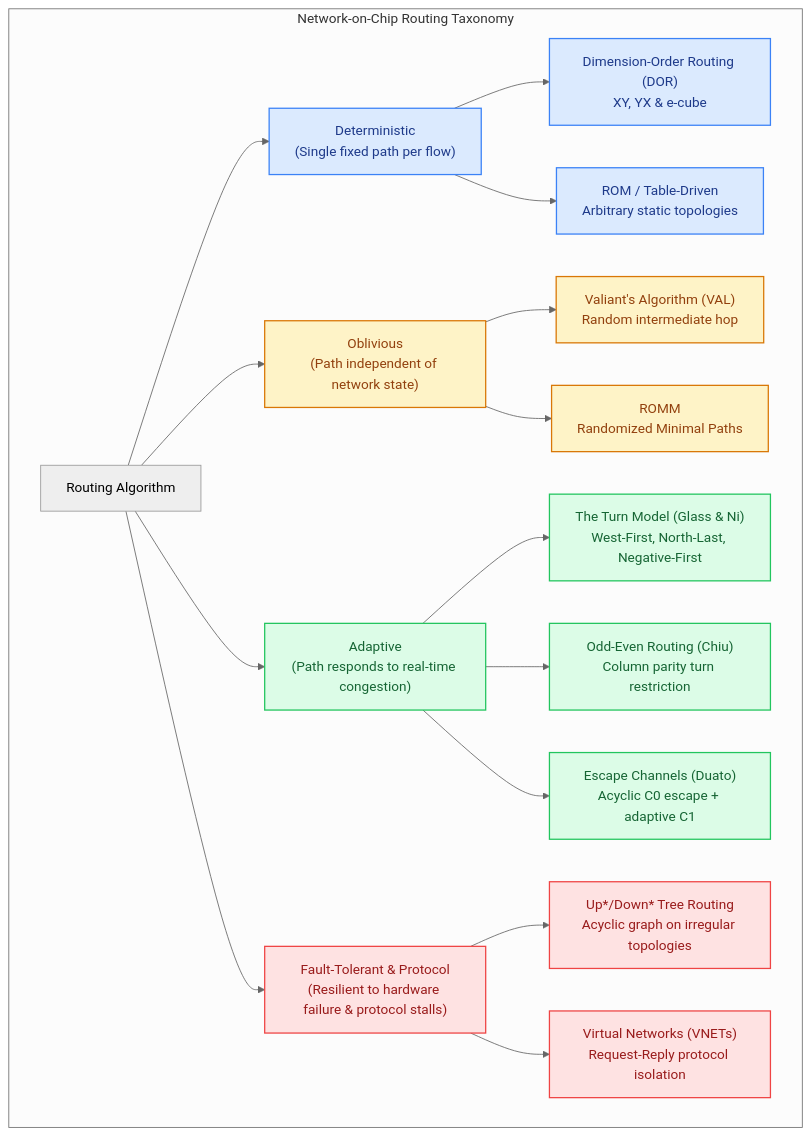
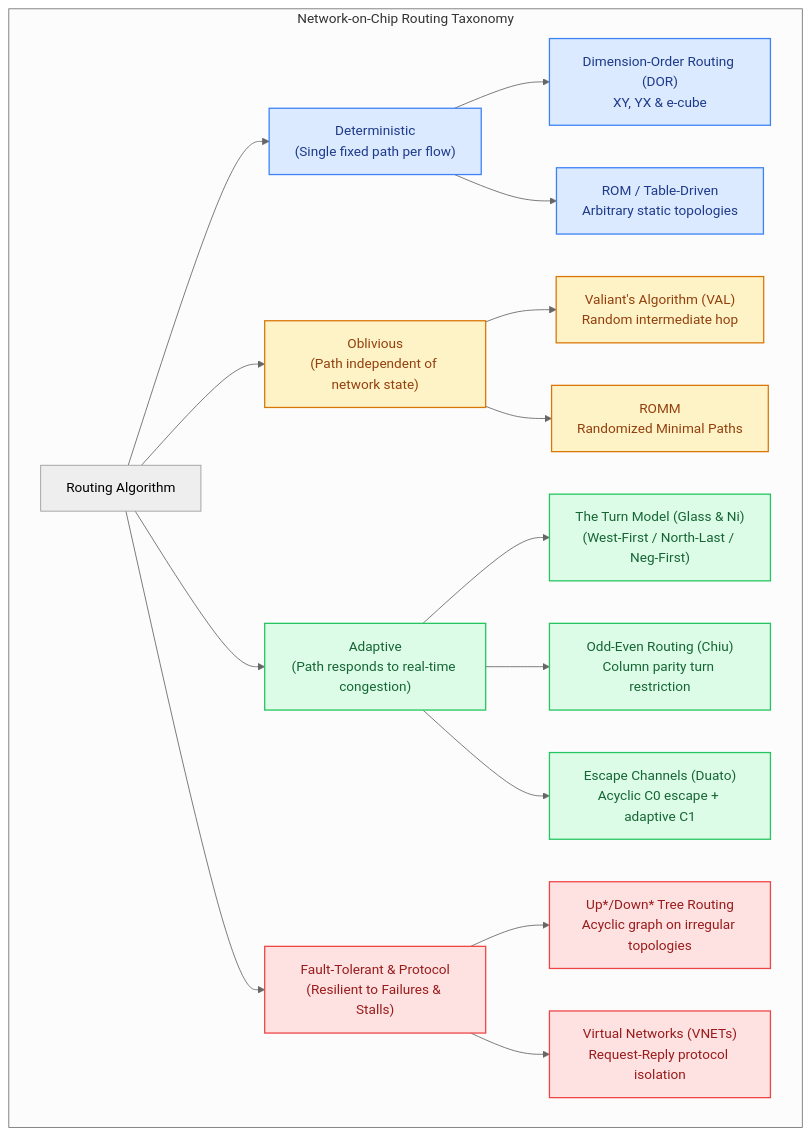
The diagram in docs/track4-routing-deadlock/index.md (network-on-chip/learning), drawn with Mermaid (neutral theme) before and after one commit. The commit also changed 15 other files, not shown here.

Commit message:
docs: clean repository paths and wrap Mermaid flowchart node labels

````diff
--- a/docs/track4-routing-deadlock/index.md
+++ b/docs/track4-routing-deadlock/index.md
@@ -37,32 +37,32 @@
 ```mermaid
 graph TD
   subgraph Routing_Taxonomy ["Network-on-Chip Routing Taxonomy"]
     Root["Routing Algorithm"] --> Det["Deterministic<br/>(Single fixed path per flow)"]
     Root --> Obl["Oblivious<br/>(Path independent of network state)"]
     Root --> Adapt["Adaptive<br/>(Path responds to real-time congestion)"]
-    Root --> Fault["Fault-Tolerant & Protocol<br/>(Resilient to hardware failure & protocol stalls)"]
+    Root --> Fault["Fault-Tolerant & Protocol<br/>(Resilient to Failures & Stalls)"]
 
     Det --> DOR["Dimension-Order Routing (DOR)<br/>XY, YX & e-cube"]
     Det --> Lookup["ROM / Table-Driven<br/>Arbitrary static topologies"]
 
     Obl --> VAL["Valiant's Algorithm (VAL)<br/>Random intermediate hop"]
     Obl --> ROMM["ROMM<br/>Randomized Minimal Paths"]
 
-    Adapt --> TurnModel["The Turn Model (Glass & Ni)<br/>West-First, North-Last, Negative-First"]
+    Adapt --> TurnModel["The Turn Model (Glass & Ni)<br/>(West-First / North-Last / Neg-First)"]
     Adapt --> OddEven["Odd-Even Routing (Chiu)<br/>Column parity turn restriction"]
     Adapt --> Duato["Escape Channels (Duato)<br/>Acyclic C0 escape + adaptive C1"]
 
     Fault --> UpDown["Up*/Down* Tree Routing<br/>Acyclic graph on irregular topologies"]
     Fault --> VNETs["Virtual Networks (VNETs)<br/>Request-Reply protocol isolation"]
   end
 
   classDef detStyle fill:#dbeafe,stroke:#3b82f6,stroke-width:1.5px,color:#1e3a8a;
   classDef oblStyle fill:#fef3c7,stroke:#d97706,stroke-width:1.5px,color:#92400e;
   classDef adaptStyle fill:#dcfce7,stroke:#22c55e,stroke-width:1.5px,color:#166534;
   classDef faultStyle fill:#fee2e2,stroke:#ef4444,stroke-width:1.5px,color:#991b1b;
 
   class Det,DOR,Lookup detStyle;
   class Obl,VAL,ROMM oblStyle;
   class Adapt,TurnModel,OddEven,Duato adaptStyle;
   class Fault,UpDown,VNETs faultStyle;
 ```
````
